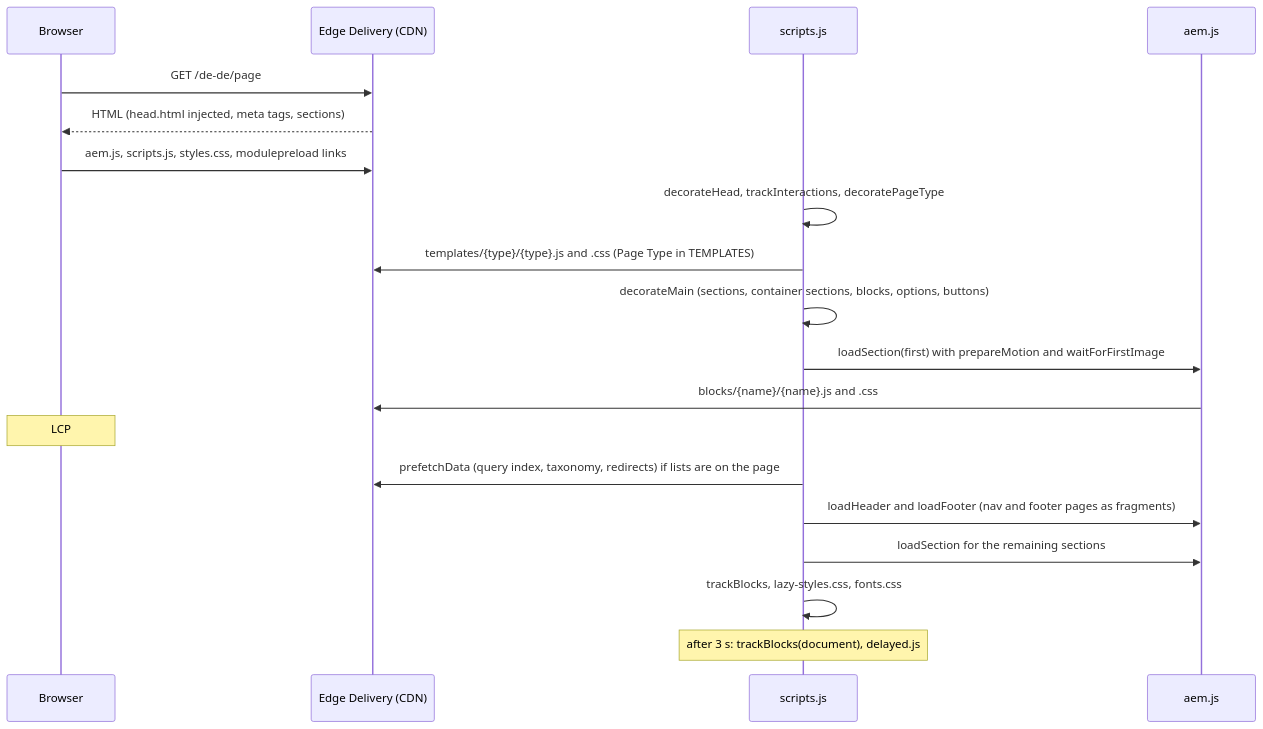
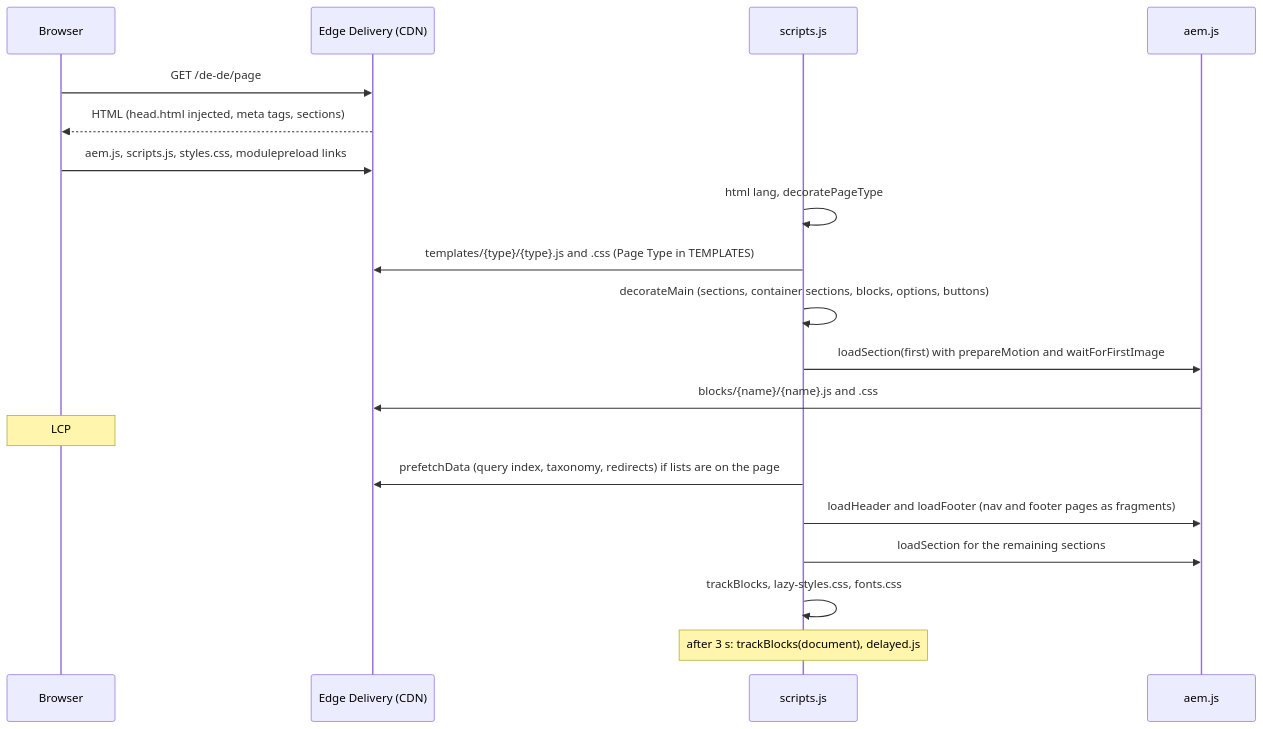
One commit to sradha-tcs/tcs-corp changed the fifth of 5 diagrams in docs/handover/knowledge-base/architecture.md. Above: the diagram before and after it, drawn with Mermaid. The commit also changed other lines of this file and 2 other files, not shown here.

````diff
--- a/docs/handover/knowledge-base/architecture.md
+++ b/docs/handover/knowledge-base/architecture.md
@@ -282,21 +282,21 @@
 ```mermaid
 sequenceDiagram
   participant B as Browser
   participant E as Edge Delivery (CDN)
   participant S as scripts.js
   participant A as aem.js
   B->>E: GET /de-de/page
   E-->>B: HTML (head.html injected, meta tags, sections)
   B->>E: aem.js, scripts.js, styles.css, modulepreload links
-  S->>S: decorateHead, trackInteractions, decoratePageType
+  S->>S: html lang, decoratePageType
   S->>E: templates/{type}/{type}.js and .css (Page Type in TEMPLATES)
   S->>S: decorateMain (sections, container sections, blocks, options, buttons)
   S->>A: loadSection(first) with prepareMotion and waitForFirstImage
   A->>E: blocks/{name}/{name}.js and .css
   Note over B: LCP
   S->>E: prefetchData (query index, taxonomy, redirects) if lists are on the page
   S->>A: loadHeader and loadFooter (nav and footer pages as fragments)
   S->>A: loadSection for the remaining sections
   S->>S: trackBlocks, lazy-styles.css, fonts.css
   Note over S: after 3 s: trackBlocks(document), delayed.js
 ```
````
